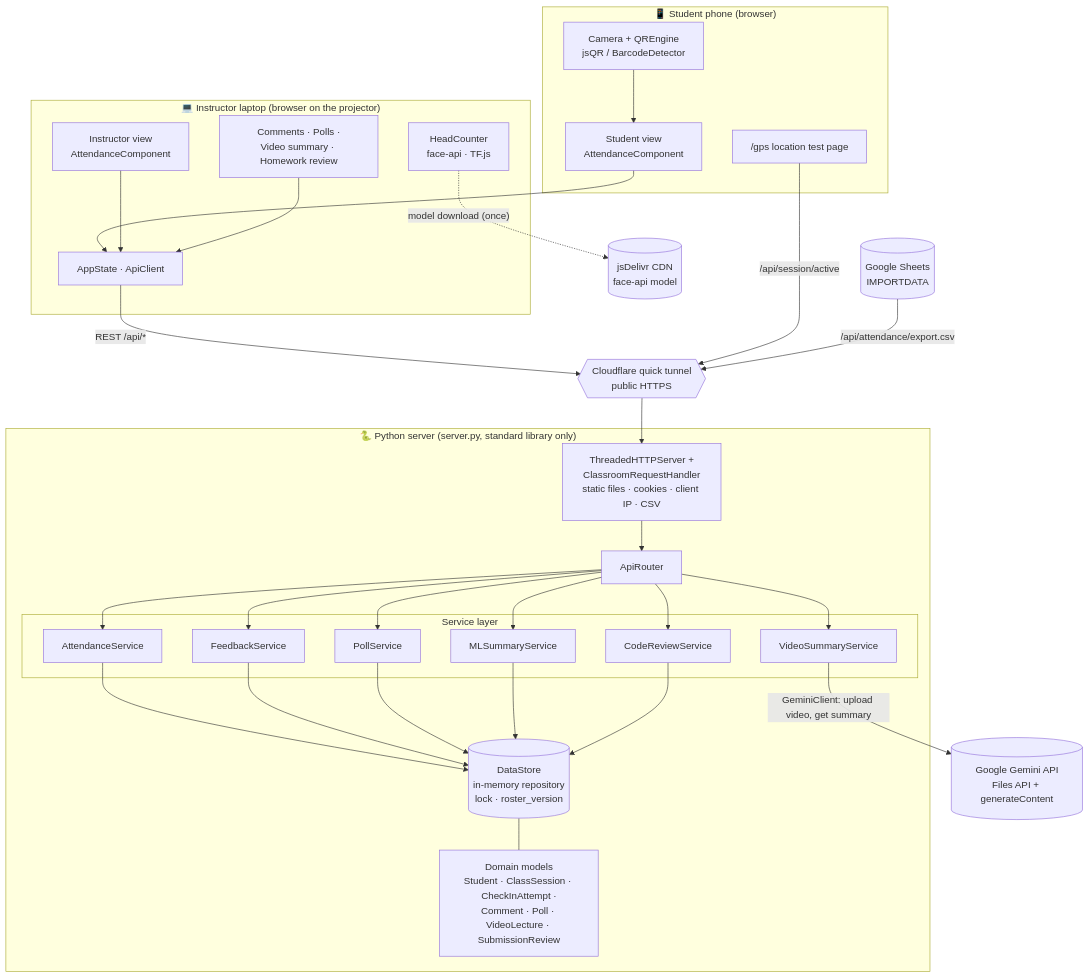
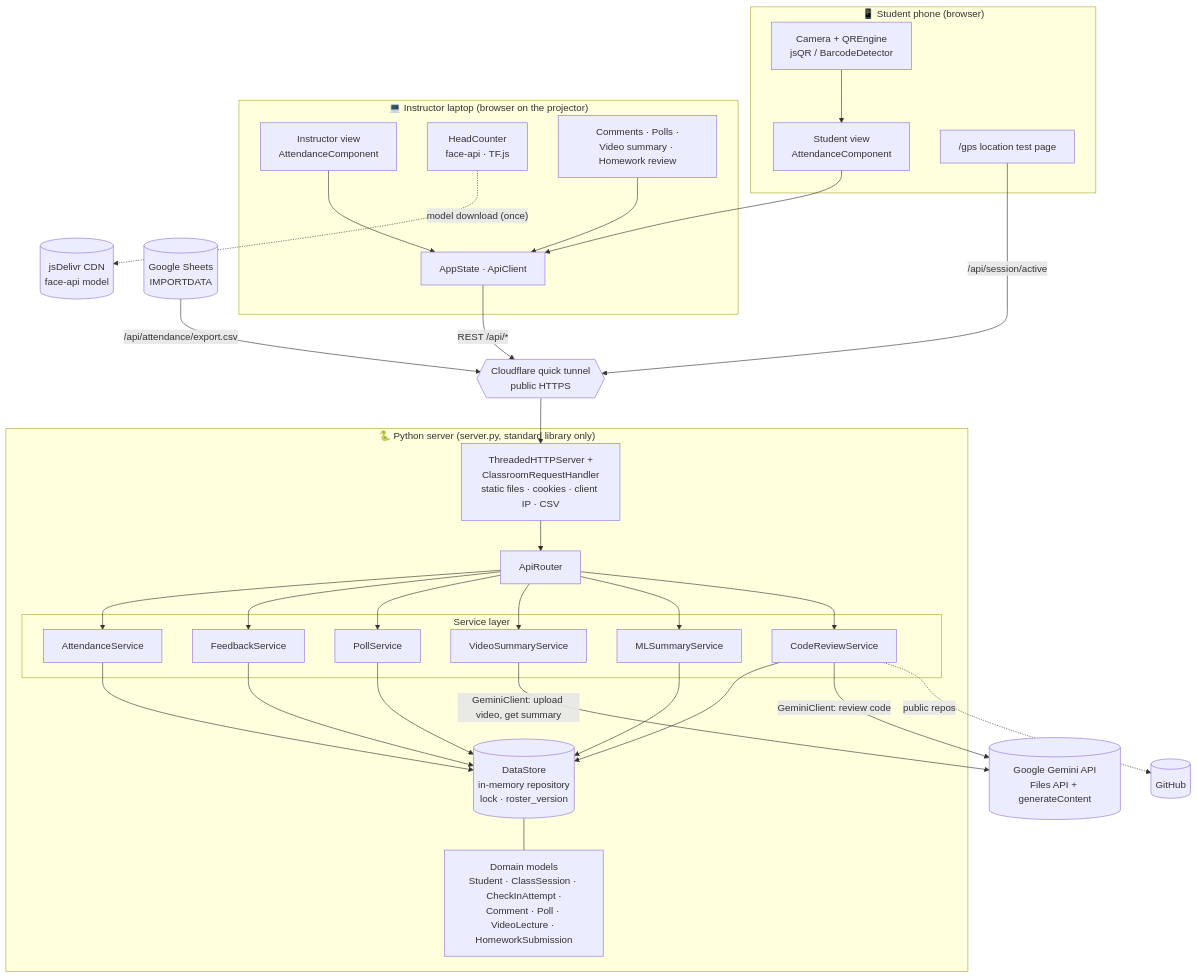
The diagram in docs/05_components.md (nilco142199-wq/i2seex2), drawn with Mermaid before and after one commit. The commit also changed 22 other files, not shown here.

First line of the commit message:
Real homework deep review with comparison between students

````diff
--- a/docs/05_components.md
+++ b/docs/05_components.md
@@ -5,51 +5,53 @@
 ```mermaid
 flowchart TB
     subgraph Phone["📱 Student phone (browser)"]
         SV[Student view<br/>AttendanceComponent]
         GPS["/gps location test page"]
         Cam[Camera + QREngine<br/>jsQR / BarcodeDetector]
     end
 
     subgraph Laptop["💻 Instructor laptop (browser on the projector)"]
         IV[Instructor view<br/>AttendanceComponent]
         HC[HeadCounter<br/>face-api · TF.js]
         Others[Comments · Polls ·<br/>Video summary · Homework review]
         State[AppState · ApiClient]
     end
 
     Tunnel{{Cloudflare quick tunnel<br/>public HTTPS}}
 
     subgraph Server["🐍 Python server (server.py, standard library only)"]
         HTTP[ThreadedHTTPServer +<br/>ClassroomRequestHandler<br/>static files · cookies · client IP · CSV]
         Router[ApiRouter]
         subgraph Services["Service layer"]
             AS[AttendanceService]
             FS[FeedbackService]
             PS[PollService]
             VS[VideoSummaryService]
             MS[MLSummaryService]
             CR[CodeReviewService]
         end
         Repo[(DataStore<br/>in-memory repository<br/>lock · roster_version)]
-        Models[Domain models<br/>Student · ClassSession · CheckInAttempt ·<br/>Comment · Poll · VideoLecture · SubmissionReview]
+        Models[Domain models<br/>Student · ClassSession · CheckInAttempt ·<br/>Comment · Poll · VideoLecture · HomeworkSubmission]
     end
 
     Sheets[(Google Sheets<br/>IMPORTDATA)]
     Gemini[(Google Gemini API<br/>Files API + generateContent)]
     CDN[(jsDelivr CDN<br/>face-api model)]
 
     Cam --> SV
     SV --> State
     IV --> State
     Others --> State
     State -- "REST /api/*" --> Tunnel
     GPS -- "/api/session/active" --> Tunnel
     Tunnel --> HTTP
     HTTP --> Router
     Router --> AS & FS & PS & VS & MS & CR
     AS & FS & PS & MS & CR --> Repo
     Repo --- Models
     HC -. "model download (once)" .-> CDN
     VS -- "GeminiClient: upload video, get summary" --> Gemini
+    CR -- "GeminiClient: review code" --> Gemini
+    CR -. "public repos" .-> GH[(GitHub)]
     Sheets -- "/api/attendance/export.csv" --> Tunnel
 ```
````
